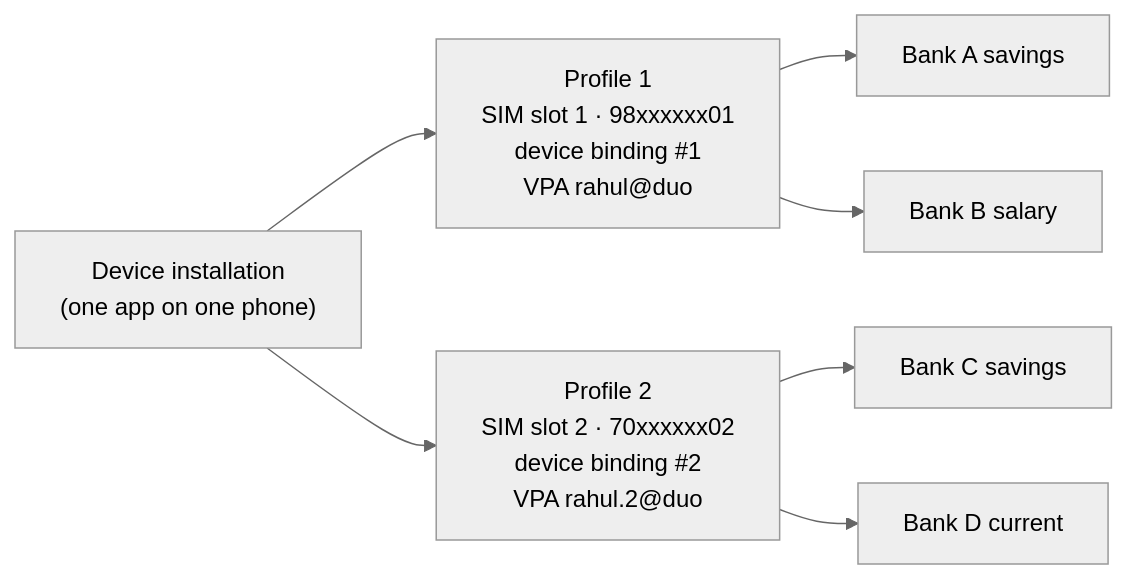
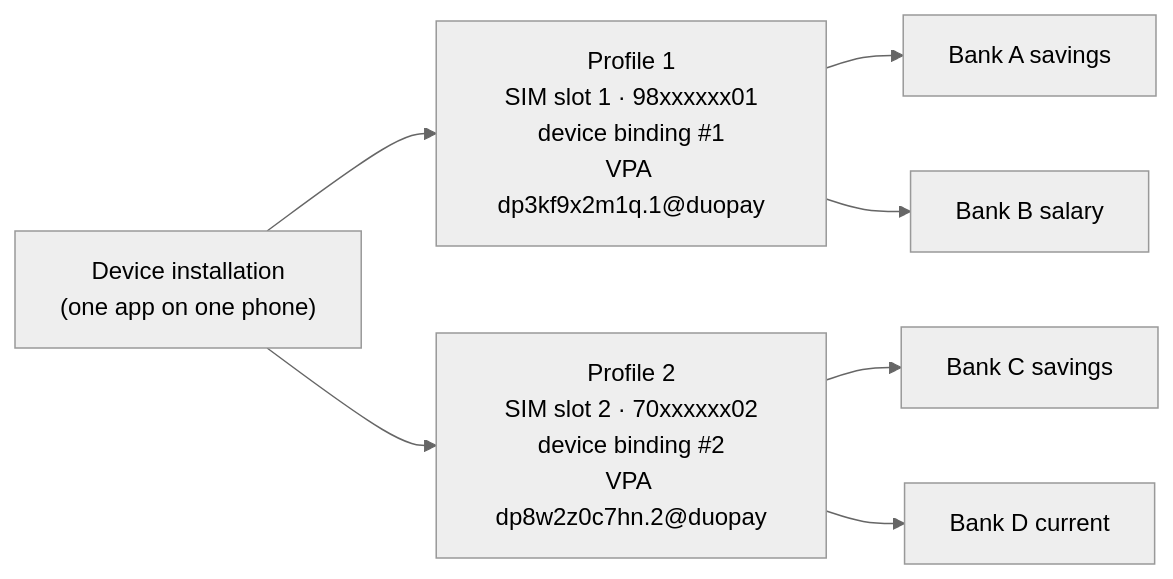
One commit to kurmidev/duopay changed the first of 9 diagrams in docs/hld.md. Above: the diagram before and after it, drawn with Mermaid (neutral theme). The commit also changed other lines of this file and 23 other files, not shown here.

````diff
--- a/docs/hld.md
+++ b/docs/hld.md
@@ -55,9 +55,9 @@
 ```mermaid
 flowchart LR
-  C["Device installation<br/>(one app on one phone)"] --> P1["Profile 1<br/>SIM slot 1 · 98xxxxxx01<br/>device binding #1<br/>VPA rahul@duo"]
-  C --> P2["Profile 2<br/>SIM slot 2 · 70xxxxxx02<br/>device binding #2<br/>VPA rahul.2@duo"]
+  C["Device installation<br/>(one app on one phone)"] --> P1["Profile 1<br/>SIM slot 1 · 98xxxxxx01<br/>device binding #1<br/>VPA dp3kf9x2m1q.1@duopay"]
+  C --> P2["Profile 2<br/>SIM slot 2 · 70xxxxxx02<br/>device binding #2<br/>VPA dp8w2z0c7hn.2@duopay"]
   P1 --> A1["Bank A savings"]
   P1 --> A2["Bank B salary"]
   P2 --> A3["Bank C savings"]
   P2 --> A4["Bank D current"]
 ```
````
